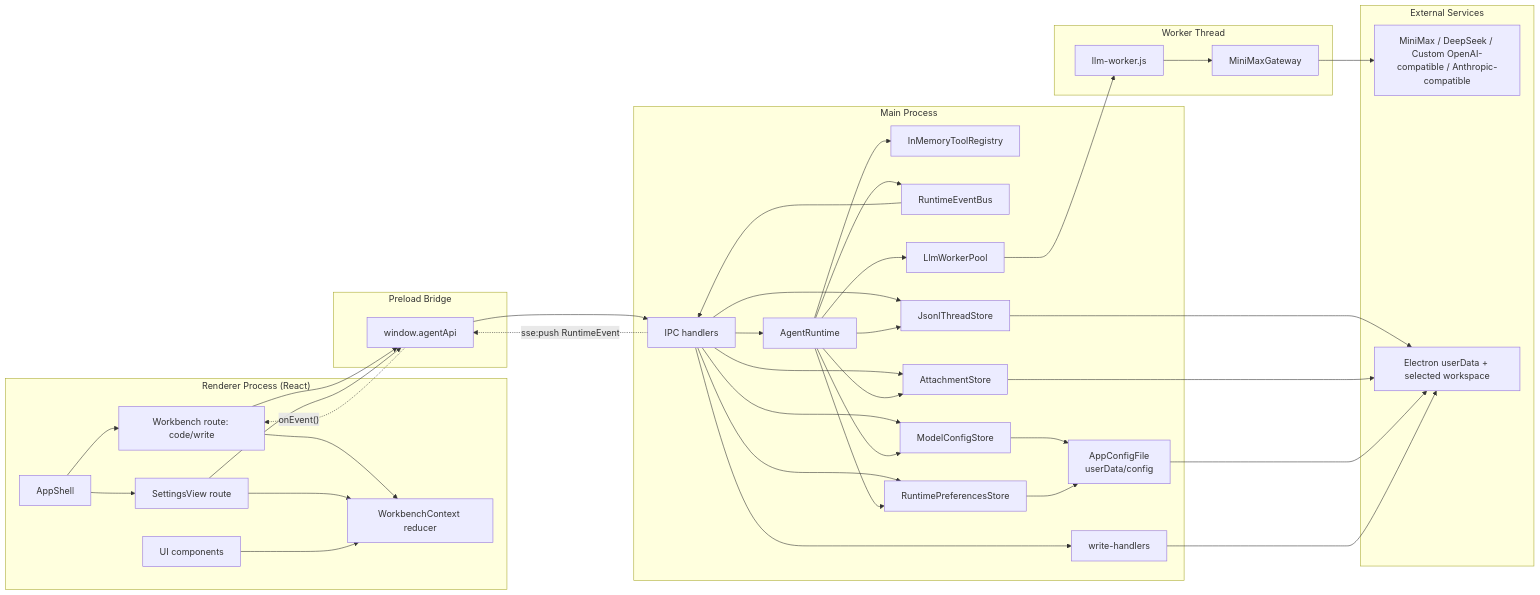
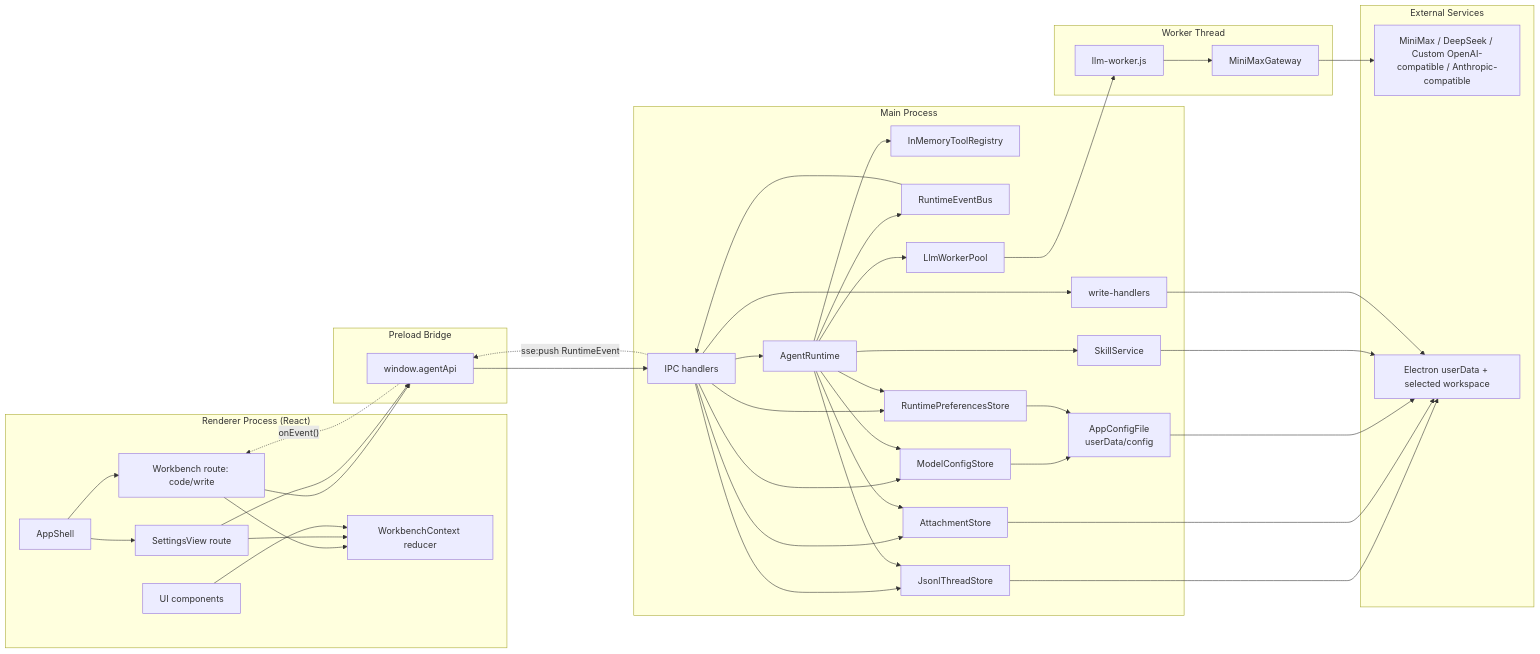
One commit to dp-sudo/agent-pyramid-desktop changed the first of 9 diagrams in docs/architecture.md. Above: the diagram before and after it, drawn with Mermaid. The commit also changed other lines of this file and 42 other files, not shown here.

````diff
--- a/docs/architecture.md
+++ b/docs/architecture.md
@@ -30,72 +30,75 @@
 ```mermaid
 flowchart LR
   subgraph Renderer["Renderer Process (React)"]
     AppShell["AppShell"]
     Workbench["Workbench route: code/write"]
     Settings["SettingsView route"]
     Store["WorkbenchContext reducer"]
     UI["UI components"]
   end
 
   subgraph Preload["Preload Bridge"]
     AgentApi["window.agentApi"]
   end
 
   subgraph Main["Main Process"]
     IpcHandlers["IPC handlers"]
     Runtime["AgentRuntime"]
     Registry["InMemoryToolRegistry"]
+    Skills["SkillService"]
     Bus["RuntimeEventBus"]
     Threads["JsonlThreadStore"]
     Attachments["AttachmentStore"]
     Config["ModelConfigStore"]
     RuntimePrefs["RuntimePreferencesStore"]
     AppConfig["AppConfigFile\nuserData/config"]
     WorkerPool["LlmWorkerPool"]
     WriteSvc["write-handlers"]
   end
 
   subgraph Worker["Worker Thread"]
     WorkerEntry["llm-worker.js"]
     Gateway["MiniMaxGateway"]
   end
 
   subgraph External["External Services"]
     Providers["MiniMax / DeepSeek / Custom OpenAI-compatible / Anthropic-compatible"]
     Filesystem["Electron userData + selected workspace"]
   end
 
   AppShell --> Workbench
   AppShell --> Settings
   Workbench --> Store
   Settings --> Store
   UI --> Store
   Workbench --> AgentApi
   Settings --> AgentApi
   AgentApi --> IpcHandlers
   IpcHandlers --> Runtime
   IpcHandlers --> Threads
   IpcHandlers --> Attachments
   IpcHandlers --> Config
   IpcHandlers --> RuntimePrefs
   IpcHandlers --> WriteSvc
   Runtime --> Registry
+  Runtime --> Skills
   Runtime --> Bus
   Runtime --> Threads
   Runtime --> Attachments
   Runtime --> Config
   Runtime --> RuntimePrefs
   Runtime --> WorkerPool
   Config --> AppConfig
   RuntimePrefs --> AppConfig
   WorkerPool --> WorkerEntry
   WorkerEntry --> Gateway
   Gateway --> Providers
   Threads --> Filesystem
   Attachments --> Filesystem
   AppConfig --> Filesystem
+  Skills --> Filesystem
   WriteSvc --> Filesystem
   Bus --> IpcHandlers
   IpcHandlers -. "sse:push RuntimeEvent" .-> AgentApi
   AgentApi -. "onEvent()" .-> Workbench
 ```
````
